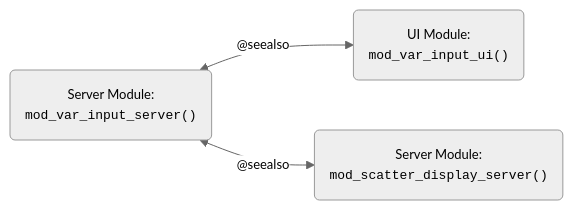
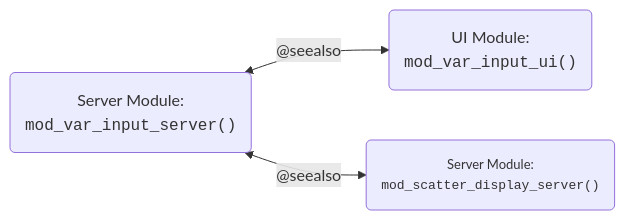
Before and after one commit to mjfrigaard/shiny-app-pkgs: the third of 5 diagrams in document.qmd, drawn with Mermaid. The commit also changed other lines of this file and 7 other files, not shown here.

````diff
--- a/document.qmd
+++ b/document.qmd
@@ -583,14 +599,14 @@
 ```{mermaid}
-%%| fig-cap: 'The `@seealso` tag'
+%%| fig-cap: ‘The `@seealso` tag’
 %%| fig-align: center
-%%{init: {'theme': 'neutral', 'themeVariables': { 'fontFamily': 'monospace', "fontSize":"13px"}}}%%
+%%{init: {‘theme’: ‘neutral’, ‘themeVariables’: { ‘fontFamily’: ‘monospace’, "fontSize":"13px"}}}%%
 flowchart LR
     mod_var_input_ui("UI Module:<br><code>mod_var_input_ui()</code>")
     mod_var_input_server("Server Module:<br><code>mod_var_input_server()</code>")
     mod_scatter_display_server("Server Module:<br><code>mod_scatter_display_server()</code>")
 
     mod_var_input_server <-->|"@seealso"|mod_var_input_ui
     mod_var_input_server <-->|"@seealso"|mod_scatter_display_server
-    
+
     style mod_scatter_display_server font-size:13px
 ```
````
